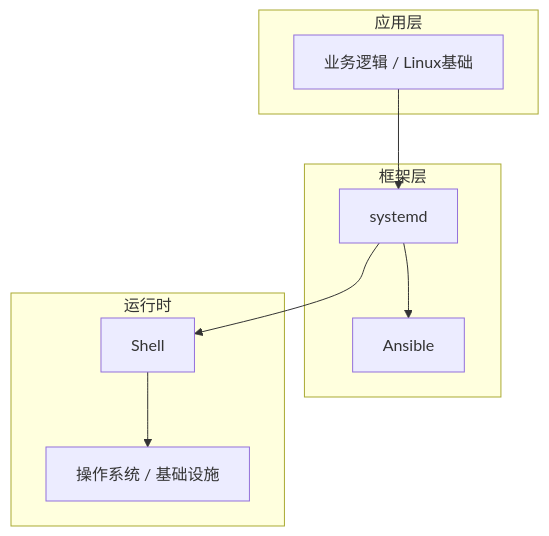
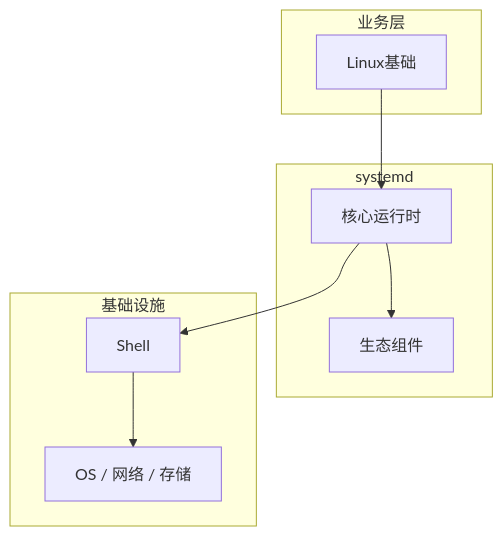
Before and after one commit to yanggan2015/knowledge-json-v2: the diagram in articles/Linux运维/chapters/001-Linux基础核心概念与原理.md, drawn with Mermaid. The commit also changed other lines of this file and 10127 other files, not shown here.

````diff
--- a/articles/Linux运维/chapters/001-Linux基础核心概念与原理.md
+++ b/articles/Linux运维/chapters/001-Linux基础核心概念与原理.md
@@ -45,18 +34,18 @@
 ```mermaid
 graph TB
-    subgraph 应用层
-        A[业务逻辑 / Linux基础]
+    subgraph 业务层
+        A[Linux基础]
     end
-    subgraph 框架层
-        B[systemd]
-        C[Ansible]
+    subgraph systemd
+        B[核心运行时]
+        C[生态组件]
     end
-    subgraph 运行时
+    subgraph 基础设施
         D[Shell]
-        E[操作系统 / 基础设施]
+        E[OS / 网络 / 存储]
     end
     A --> B
     B --> C
     B --> D
     D --> E
 ```
````
